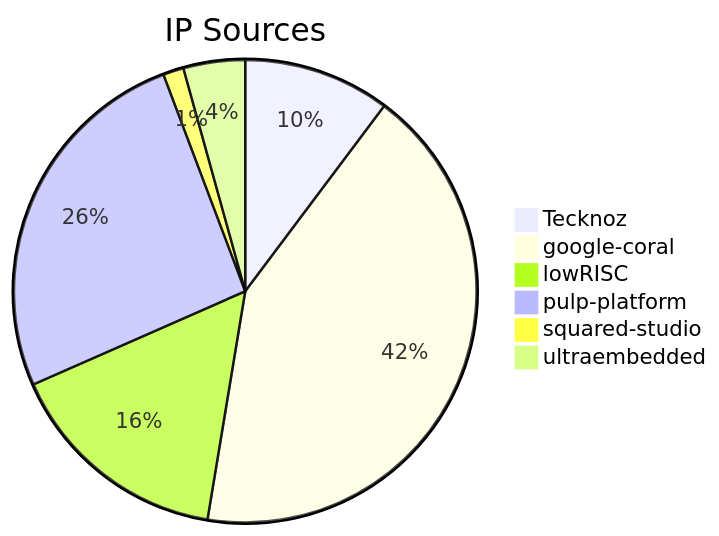
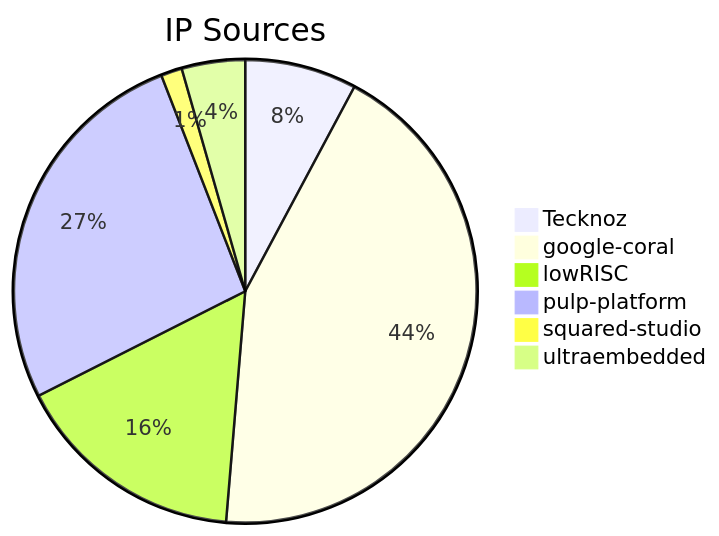
One commit to TecknozBD/Hyper-Titan changed the diagram in README.md. Above: the diagram before and after it, drawn with Mermaid. The commit also changed 5 other files, not shown here.

````diff
--- a/README.md
+++ b/README.md
@@ -116,10 +116,10 @@
 ```mermaid
 %%{init: {"pie": {"sort": false}} }%%
 pie title IP Sources
-  "Tecknoz" : 14271
+  "Tecknoz" : 10585
   "google-coral" : 59000
   "lowRISC" : 22000
   "pulp-platform" : 36000
   "squared-studio": 2000
   "ultraembedded": 6000
 ```
````
